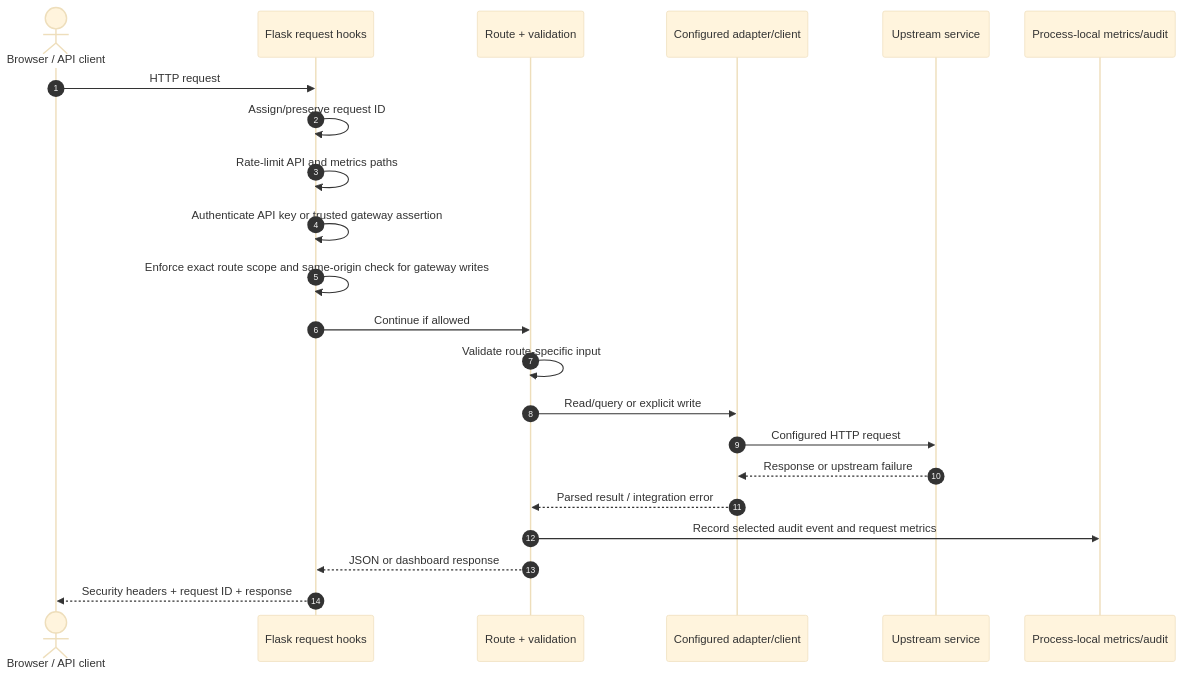
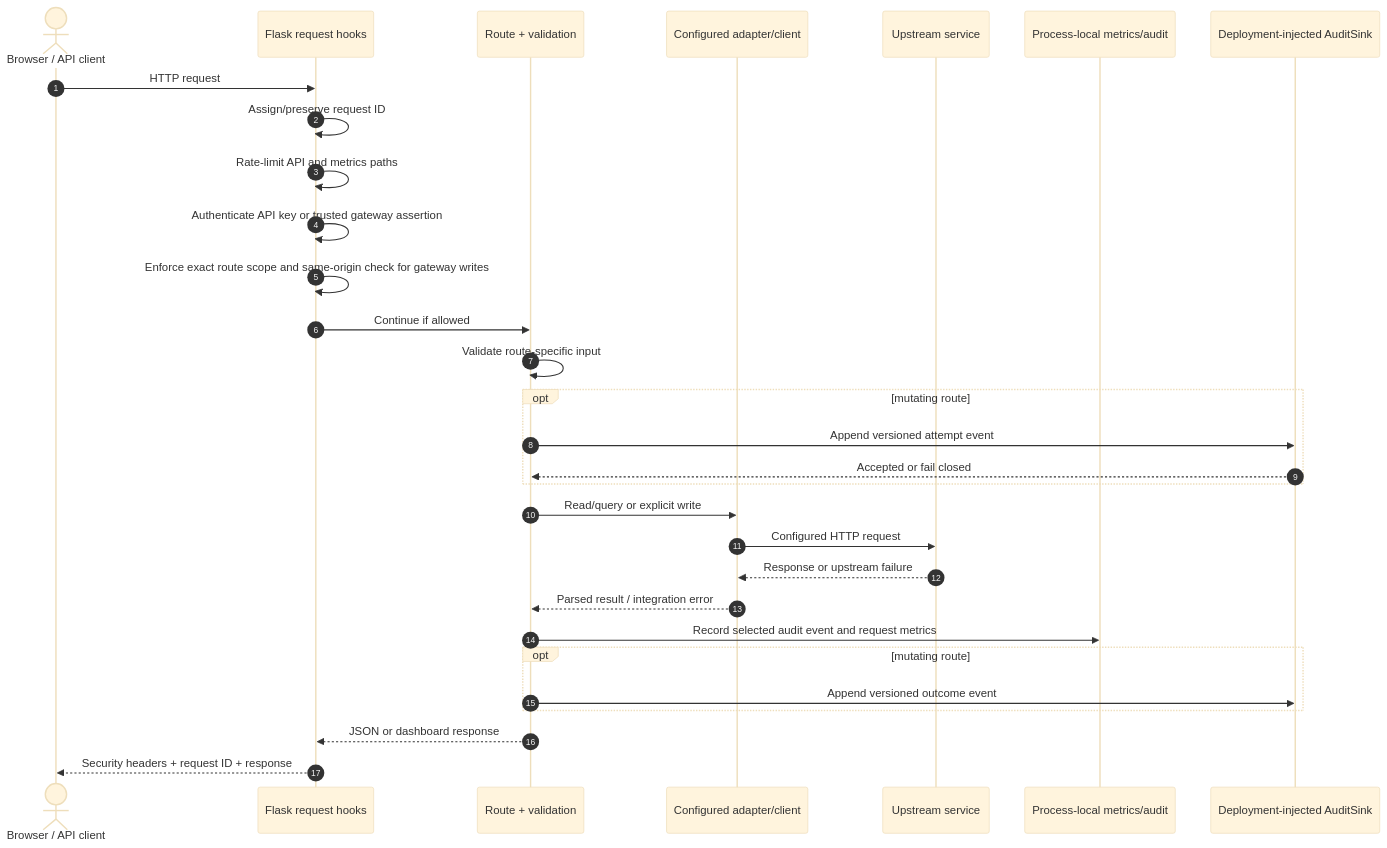
One commit to RajaMuhammadAwais/AiOps changed the second of 3 diagrams in ARCHITECTURE.md. Above: the diagram before and after it, drawn with Mermaid (base theme). The commit also changed other lines of this file and 7 other files, not shown here.

Commit message:
feat(audit): wire sink into mutation routes (#65)

````diff
--- a/ARCHITECTURE.md
+++ b/ARCHITECTURE.md
@@ -51,25 +53,33 @@
 ```mermaid
 sequenceDiagram
     autonumber
     actor User as Browser / API client
     participant App as Flask request hooks
     participant Route as Route + validation
     participant Client as Configured adapter/client
     participant Upstream as Upstream service
     participant Local as Process-local metrics/audit
+    participant Sink as Deployment-injected AuditSink
 
     User->>App: HTTP request
     App->>App: Assign/preserve request ID
     App->>App: Rate-limit API and metrics paths
     App->>App: Authenticate API key or trusted gateway assertion
     App->>App: Enforce exact route scope and same-origin check for gateway writes
     App->>Route: Continue if allowed
     Route->>Route: Validate route-specific input
+    opt mutating route
+        Route->>Sink: Append versioned attempt event
+        Sink-->>Route: Accepted or fail closed
+    end
     Route->>Client: Read/query or explicit write
     Client->>Upstream: Configured HTTP request
     Upstream-->>Client: Response or upstream failure
     Client-->>Route: Parsed result / integration error
     Route->>Local: Record selected audit event and request metrics
+    opt mutating route
+        Route->>Sink: Append versioned outcome event
+    end
     Route-->>App: JSON or dashboard response
     App-->>User: Security headers + request ID + response
 ```
````
